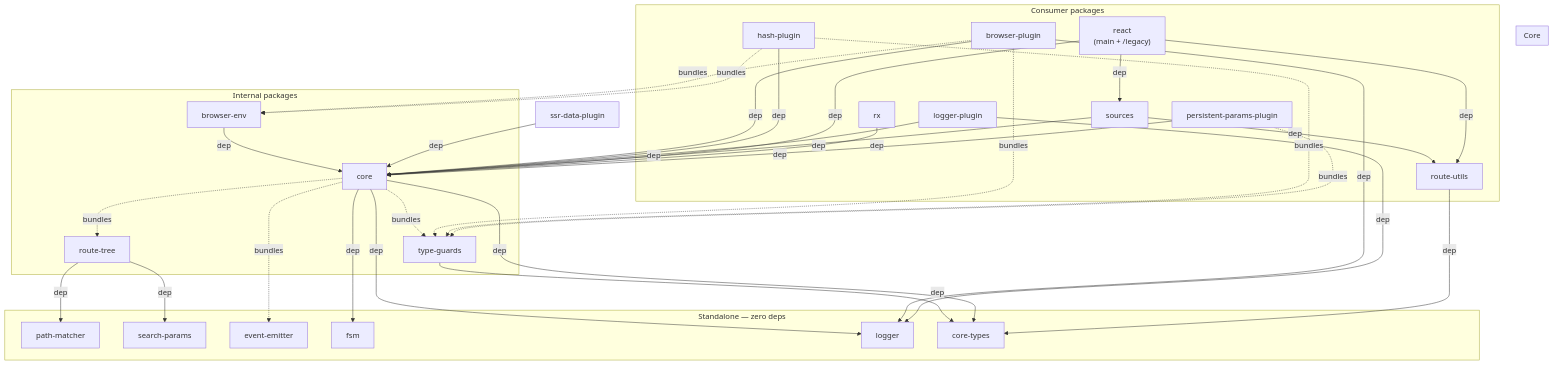
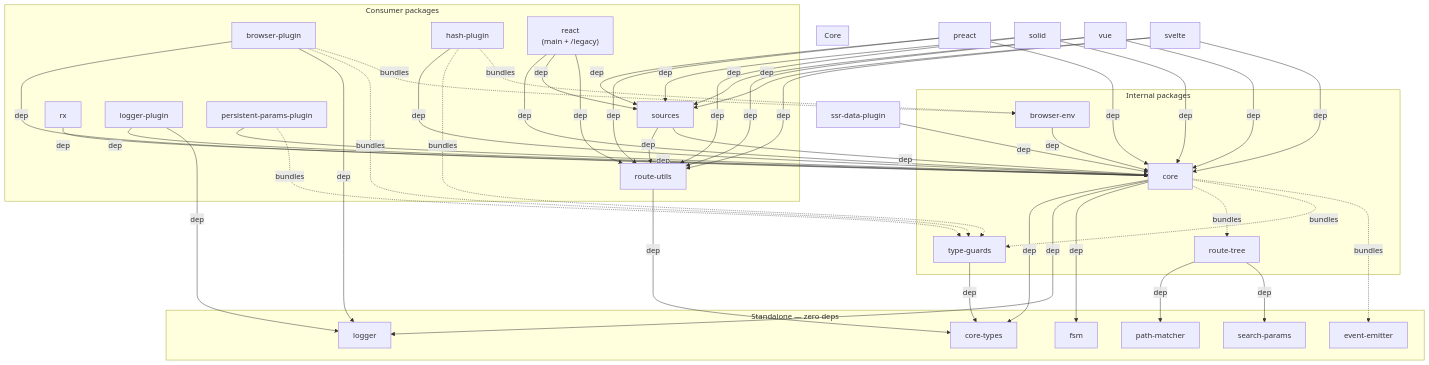
One commit to greydragon888/real-router changed the first of 3 diagrams in ARCHITECTURE.md. Above: the diagram before and after it, drawn with Mermaid. The commit also changed other lines of this file and 2 other files, not shown here.

Commit message:
docs: update root documentation with Preact, Solid, Vue, Svelte adapters

```diff
--- a/ARCHITECTURE.md
+++ b/ARCHITECTURE.md
@@ -109,6 +110,26 @@
     REACT -->|dep| SOURCES
     REACT -->|dep| ROUTEUTILS
 
+    PREACT["preact"]
+    PREACT -->|dep| CORE
+    PREACT -->|dep| SOURCES
+    PREACT -->|dep| ROUTEUTILS
+
+    SOLID["solid"]
+    SOLID -->|dep| CORE
+    SOLID -->|dep| SOURCES
+    SOLID -->|dep| ROUTEUTILS
+
+    VUE["vue"]
+    VUE -->|dep| CORE
+    VUE -->|dep| SOURCES
+    VUE -->|dep| ROUTEUTILS
+
+    SVELTE["svelte"]
+    SVELTE -->|dep| CORE
+    SVELTE -->|dep| SOURCES
+    SVELTE -->|dep| ROUTEUTILS
+
     RX -->|dep| CORE
 
     PPP -->|dep| CORE
```
